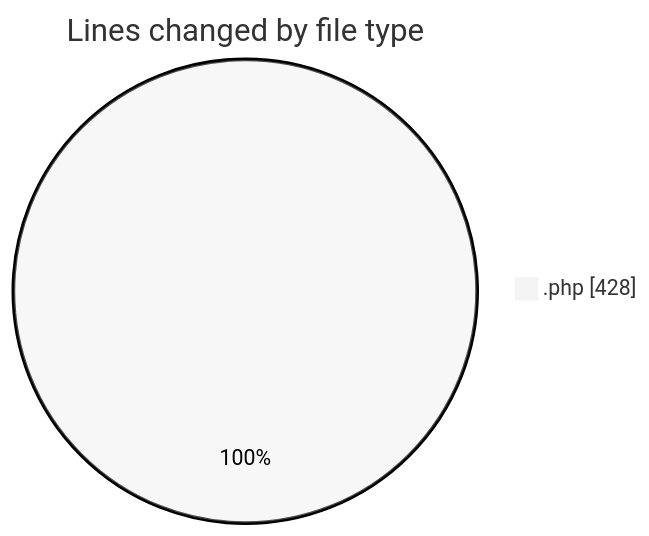
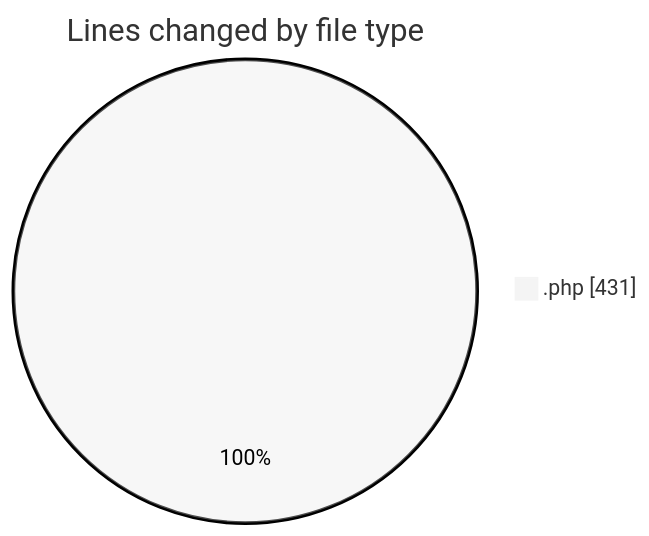
One commit to LanceThiago/code-tracking changed the first of 2 diagrams in 2026-06-19/oficina/README.md. Above: the diagram before and after it, drawn with Mermaid (neutral theme). The commit also changed other lines of this file and 1 other file, not shown here.

````diff
--- a/2026-06-19/oficina/README.md
+++ b/2026-06-19/oficina/README.md
@@ -20,5 +20,5 @@
 ```mermaid
 pie showData
 title Lines changed by file type
-".php" : 428
+".php" : 431
 ```
````
